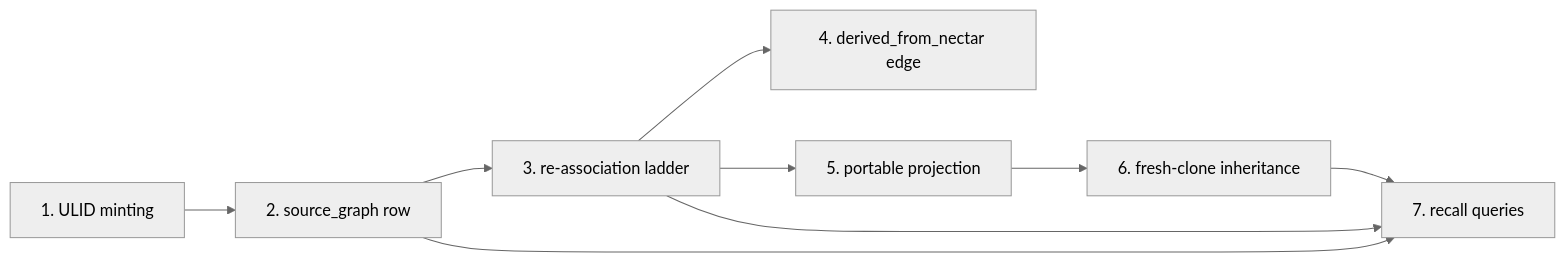
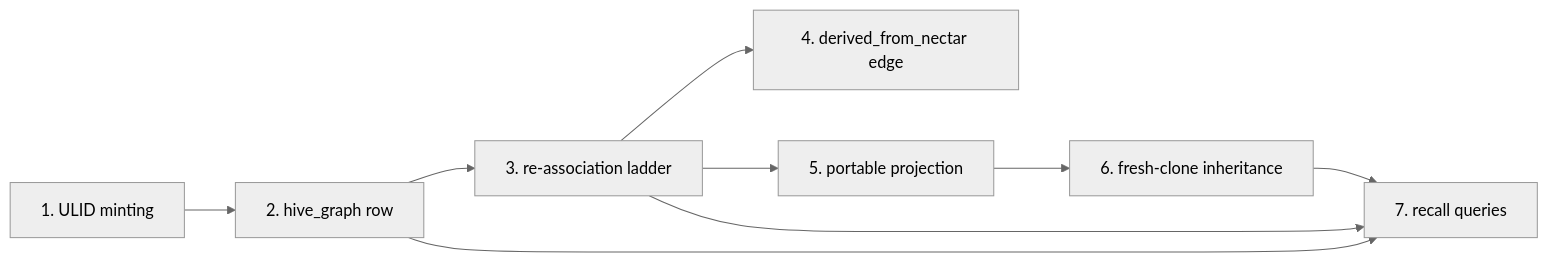
One commit to legioncodeinc/nectar changed the first of 2 diagrams in library/knowledge/private/architecture/identity-model/identity-model-ecosystem-story-arc.md. Above: the diagram before and after it, drawn with Mermaid (neutral theme). The commit also changed other lines of this file and 337 other files, not shown here.

````diff
--- a/library/knowledge/private/architecture/identity-model/identity-model-ecosystem-story-arc.md
+++ b/library/knowledge/private/architecture/identity-model/identity-model-ecosystem-story-arc.md
@@ -22,11 +22,11 @@
 ```mermaid
 flowchart LR
-    mint["1. ULID minting"] --> dl["2. source_graph row"]
+    mint["1. ULID minting"] --> dl["2. hive_graph row"]
     dl --> ladder["3. re-association ladder"]
     ladder --> copy["4. derived_from_nectar edge"]
     ladder --> proj["5. portable projection"]
     proj --> clone["6. fresh-clone inheritance"]
     dl --> recall["7. recall queries"]
     ladder --> recall
     clone --> recall
 ```
````
